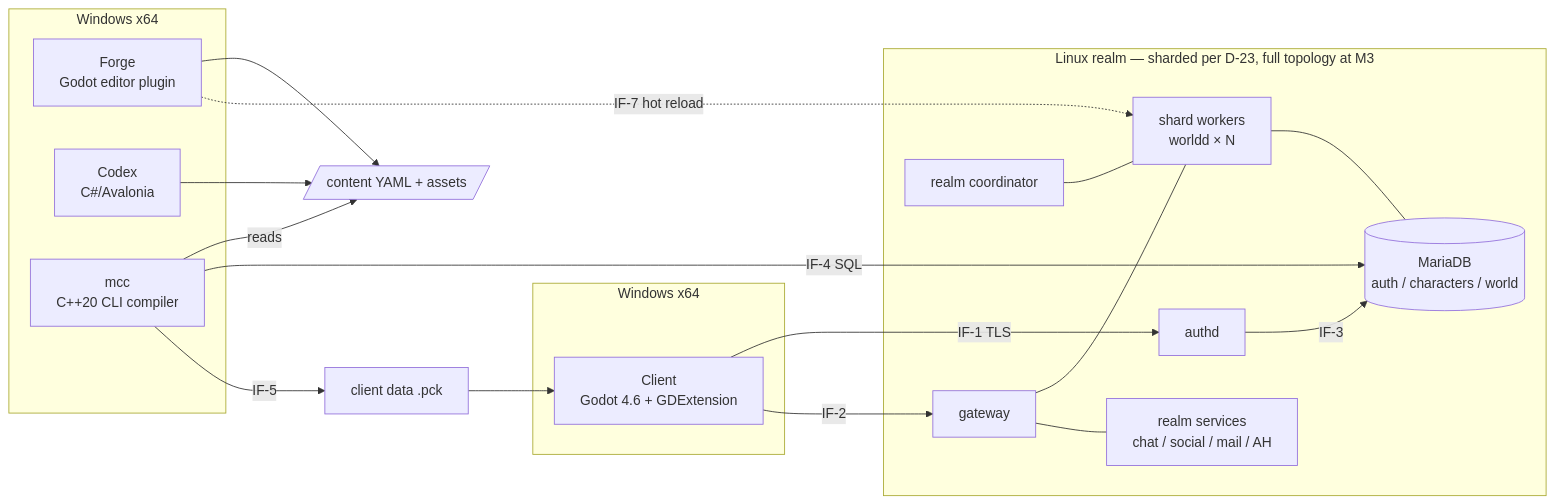
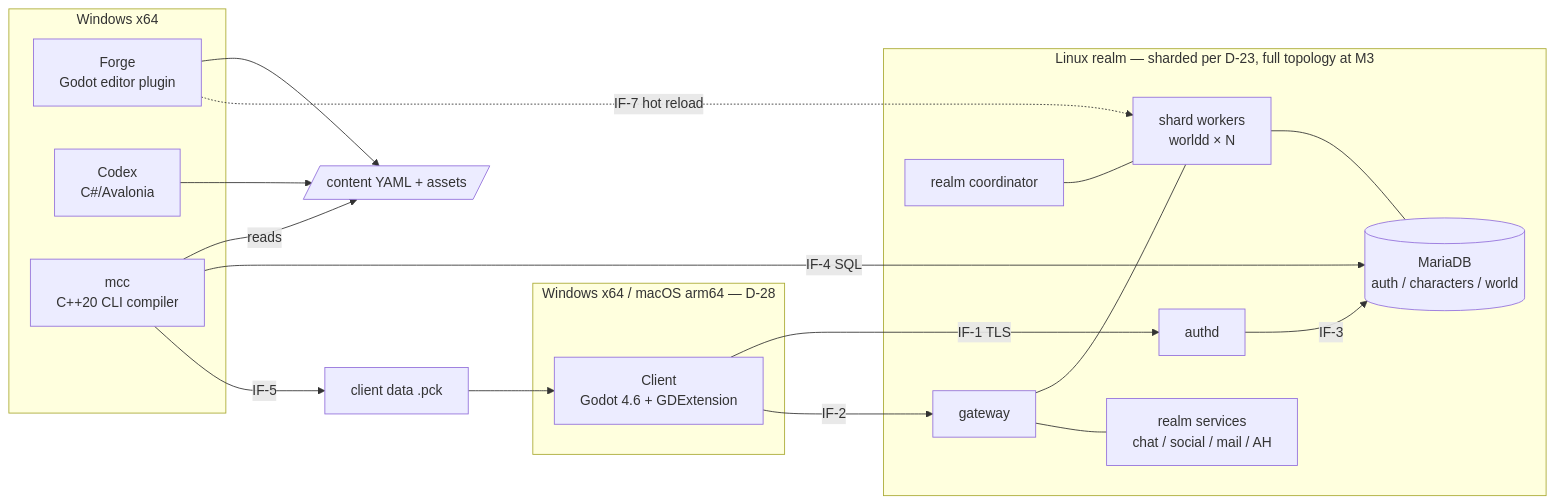
Before and after one commit to kwilliams312/project_meridian: the diagram in docs/02-ARCHITECTURE-OVERVIEW.md, drawn with Mermaid. The commit also changed other lines of this file and 53 other files, not shown here.

First line of the commit message:
Foundation: baseline docs v0.6, content/asset schemas, validator + CI

````diff
--- a/docs/02-ARCHITECTURE-OVERVIEW.md
+++ b/docs/02-ARCHITECTURE-OVERVIEW.md
@@ -9,36 +9,36 @@
 ```mermaid
 flowchart LR
-    subgraph Player machine [Windows x64]
+    subgraph Player machine [Windows x64 / macOS arm64 — D-28]
         C[Client<br/>Godot 4.6 + GDExtension]
     end
     subgraph Creator machine [Windows x64]
         F[Forge<br/>Godot editor plugin]
         X[Codex<br/>C#/Avalonia]
         M[mcc<br/>C++20 CLI compiler]
     end
     subgraph Server host [Linux realm — sharded per D-23, full topology at M3]
         A[authd]
         G[gateway]
         K[realm coordinator]
         W[shard workers<br/>worldd × N]
         S[realm services<br/>chat / social / mail / AH]
         DB[(MariaDB<br/>auth / characters / world)]
     end
     CT[/content YAML + assets/]
     PCK[client data .pck]
 
     C -- IF-1 TLS --> A
     C -- IF-2 --> G
     G --- W
     K --- W
     G --- S
     A -- IF-3 --> DB
     W --- DB
     F --> CT
     X --> CT
     M -- reads --> CT
     M -- IF-4 SQL --> DB
     M -- IF-5 --> PCK
     PCK --> C
     F -. IF-7 hot reload .-> W
 ```
````
